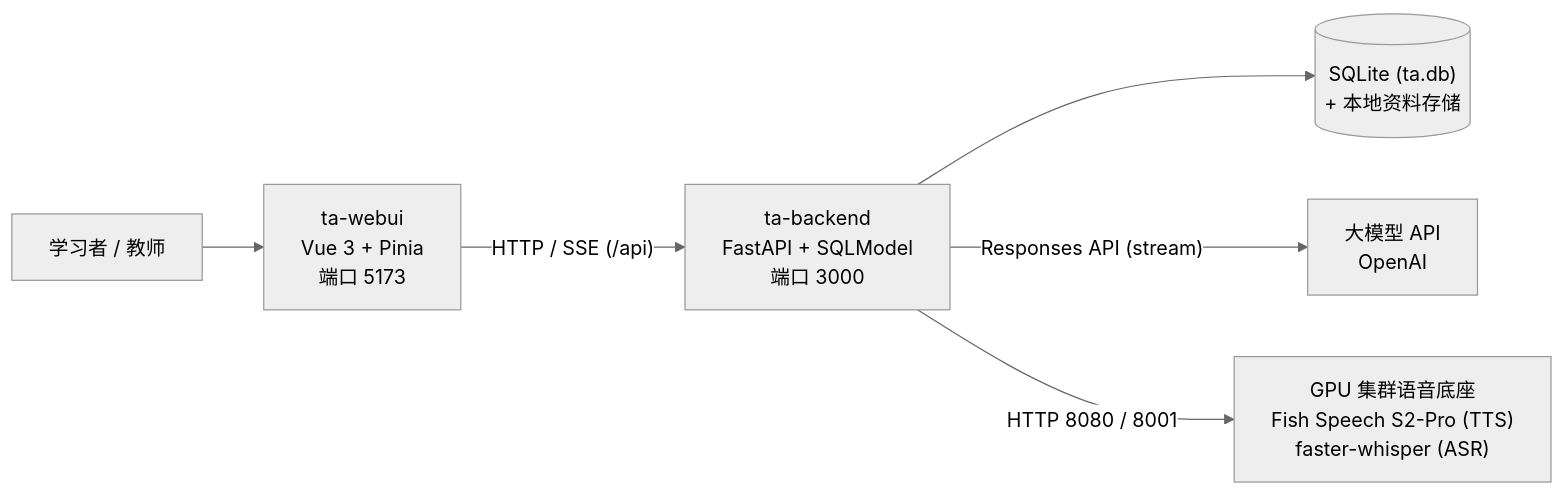
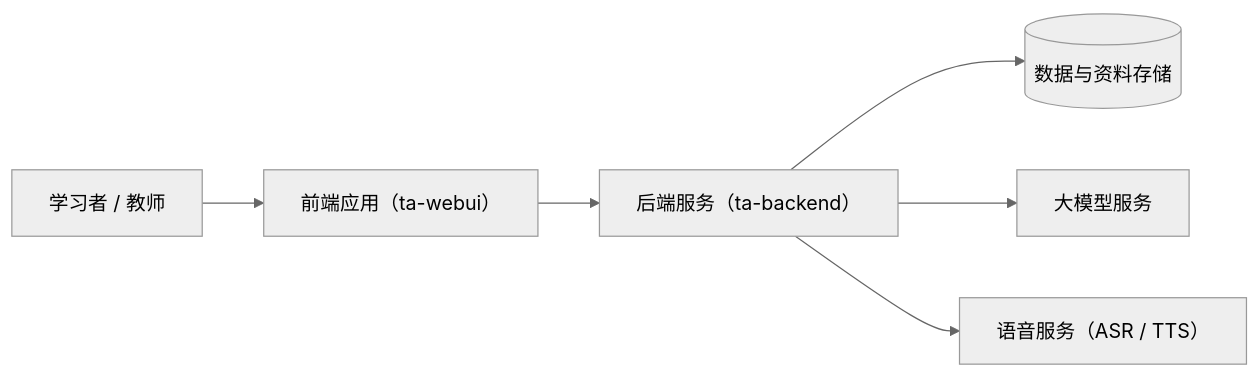
The first of 2 diagrams in PPT-Helper/decks/overview.md (rereareal/ta-new), drawn with Mermaid (neutral theme) before and after one commit. The commit also changed other lines of this file and 1 other file, not shown here.

````diff
--- a/PPT-Helper/decks/overview.md
+++ b/PPT-Helper/decks/overview.md
@@ -92,8 +83,8 @@
 ```mermaid
 flowchart LR
-  U["学习者 / 教师"] --> W["ta-webui<br/>Vue 3 + Pinia<br/>端口 5173"]
-  W -- "HTTP / SSE (/api)" --> B["ta-backend<br/>FastAPI + SQLModel<br/>端口 3000"]
-  B --> DB[("SQLite (ta.db)<br/>+ 本地资料存储")]
-  B -- "Responses API (stream)" --> LLM["大模型 API<br/>OpenAI"]
-  B -- "HTTP 8080 / 8001" --> GPU["GPU 集群语音底座<br/>Fish Speech S2-Pro (TTS)<br/>faster-whisper (ASR)"]
+  U["学习者 / 教师"] --> W["前端应用（ta-webui）"]
+  W --> B["后端服务（ta-backend）"]
+  B --> DB[("数据与资料存储")]
+  B --> LLM["大模型服务"]
+  B --> SPEECH["语音服务（ASR / TTS）"]
 ```
````
